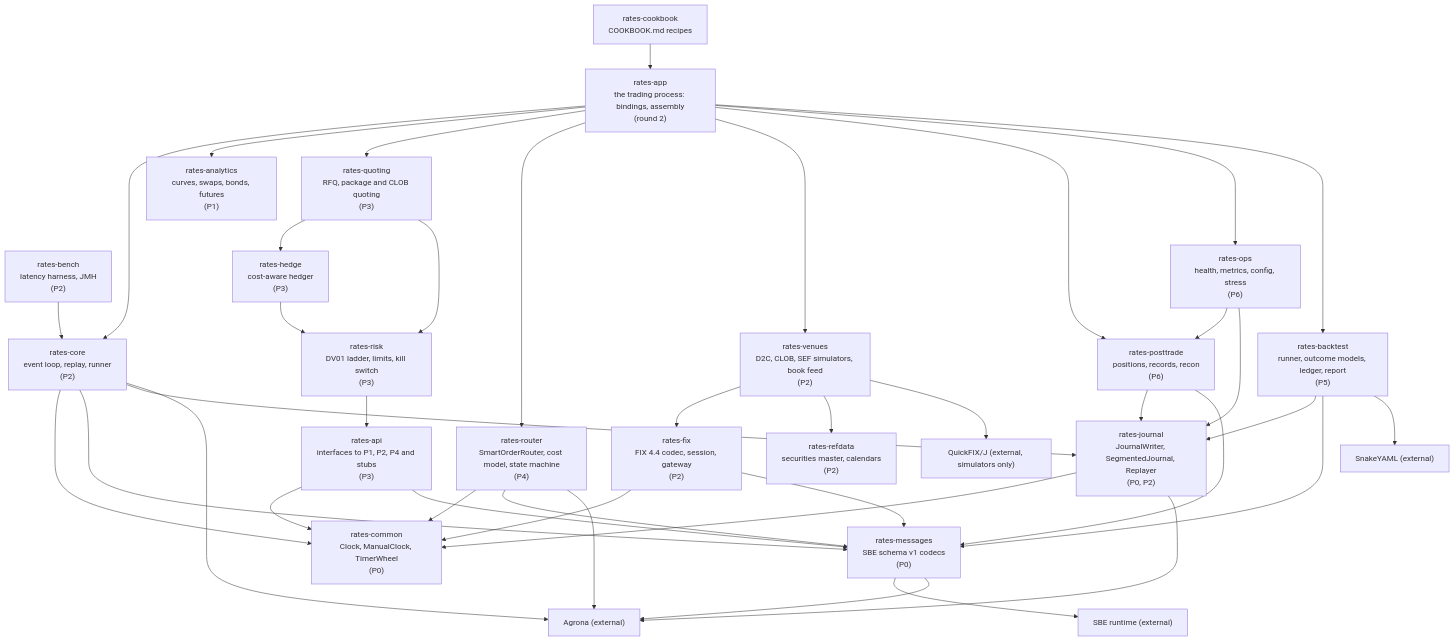
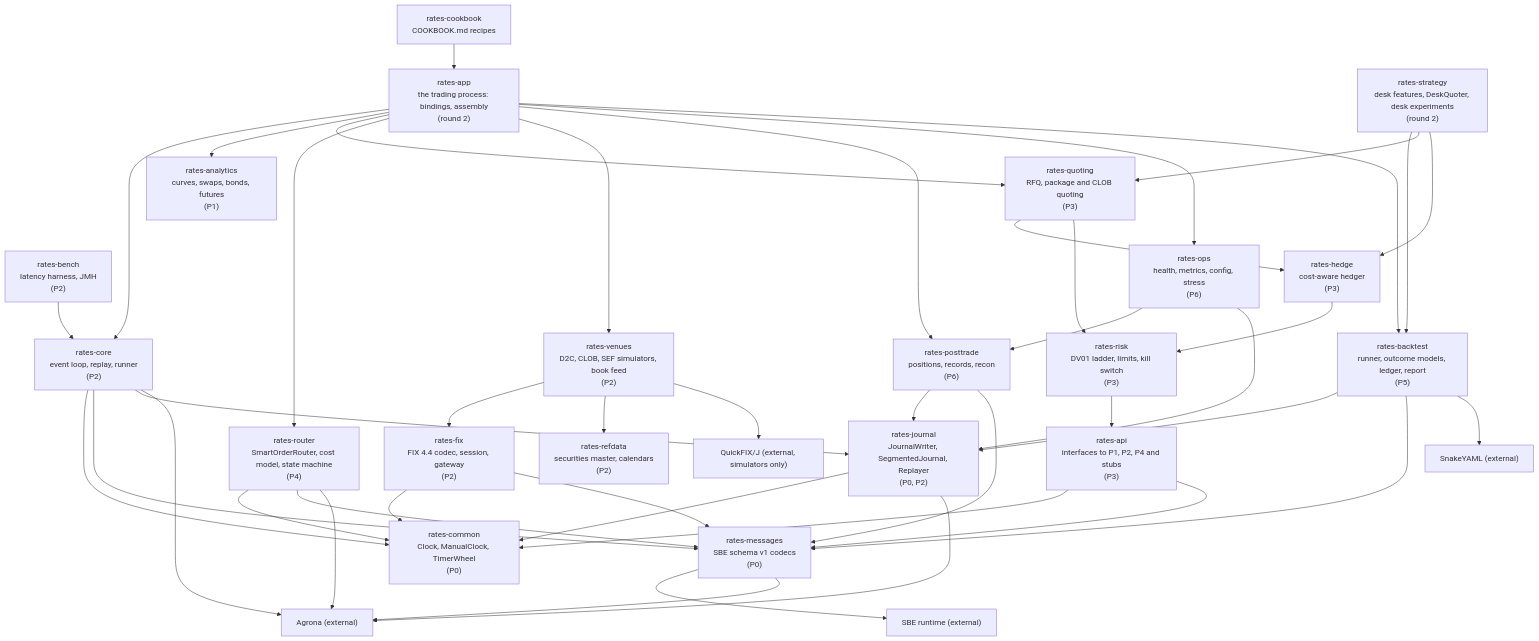
One commit to AshJha0/rates-algo-trading changed the diagram in docs/diagrams/module_deps.mmd. Above: the diagram before and after it, drawn with Mermaid. The commit also changed 50 other files, not shown here.

```diff
--- a/docs/diagrams/module_deps.mmd
+++ b/docs/diagrams/module_deps.mmd
@@ -1,66 +1,71 @@
 graph TD
   common["rates-common<br/>Clock, ManualClock, TimerWheel<br/>(P0)"]
   messages["rates-messages<br/>SBE schema v1 codecs<br/>(P0)"]
   journal["rates-journal<br/>JournalWriter, SegmentedJournal, Replayer<br/>(P0, P2)"]
   agrona["Agrona (external)"]
   sbe["SBE runtime (external)"]
   quickfixj["QuickFIX/J (external, simulators only)"]
   snakeyaml["SnakeYAML (external)"]
 
   analytics["rates-analytics<br/>curves, swaps, bonds, futures<br/>(P1)"]
   core["rates-core<br/>event loop, replay, runner<br/>(P2)"]
   bench["rates-bench<br/>latency harness, JMH<br/>(P2)"]
   refdata["rates-refdata<br/>securities master, calendars<br/>(P2)"]
   fix["rates-fix<br/>FIX 4.4 codec, session, gateway<br/>(P2)"]
   venues["rates-venues<br/>D2C, CLOB, SEF simulators, book feed<br/>(P2)"]
   api["rates-api<br/>interfaces to P1, P2, P4 and stubs<br/>(P3)"]
   quoting["rates-quoting<br/>RFQ, package and CLOB quoting<br/>(P3)"]
   risk["rates-risk<br/>DV01 ladder, limits, kill switch<br/>(P3)"]
   hedge["rates-hedge<br/>cost-aware hedger<br/>(P3)"]
   router["rates-router<br/>SmartOrderRouter, cost model, state machine<br/>(P4)"]
   backtest["rates-backtest<br/>runner, outcome models, ledger, report<br/>(P5)"]
   posttrade["rates-posttrade<br/>positions, records, recon<br/>(P6)"]
   ops["rates-ops<br/>health, metrics, config, stress<br/>(P6)"]
   app["rates-app<br/>the trading process: bindings, assembly<br/>(round 2)"]
+  strategy["rates-strategy<br/>desk features, DeskQuoter, desk experiments<br/>(round 2)"]
   cookbook["rates-cookbook<br/>COOKBOOK.md recipes"]
 
   journal --> common
   journal --> agrona
   messages --> sbe
   messages --> agrona
   core --> common
   core --> messages
   core --> journal
   core --> agrona
   bench --> core
   fix --> common
   fix --> messages
   venues --> fix
   venues --> refdata
   venues --> quickfixj
   api --> common
   api --> messages
   risk --> api
   hedge --> risk
   quoting --> hedge
   quoting --> risk
   router --> common
   router --> messages
   router --> agrona
   backtest --> journal
   backtest --> messages
   backtest --> snakeyaml
   posttrade --> journal
   posttrade --> messages
   ops --> posttrade
   ops --> journal
 
   app --> core
   app --> analytics
   app --> quoting
   app --> router
   app --> venues
   app --> posttrade
   app --> ops
   app --> backtest
   cookbook --> app
+
+  strategy --> backtest
+  strategy --> quoting
+  strategy --> hedge
```
